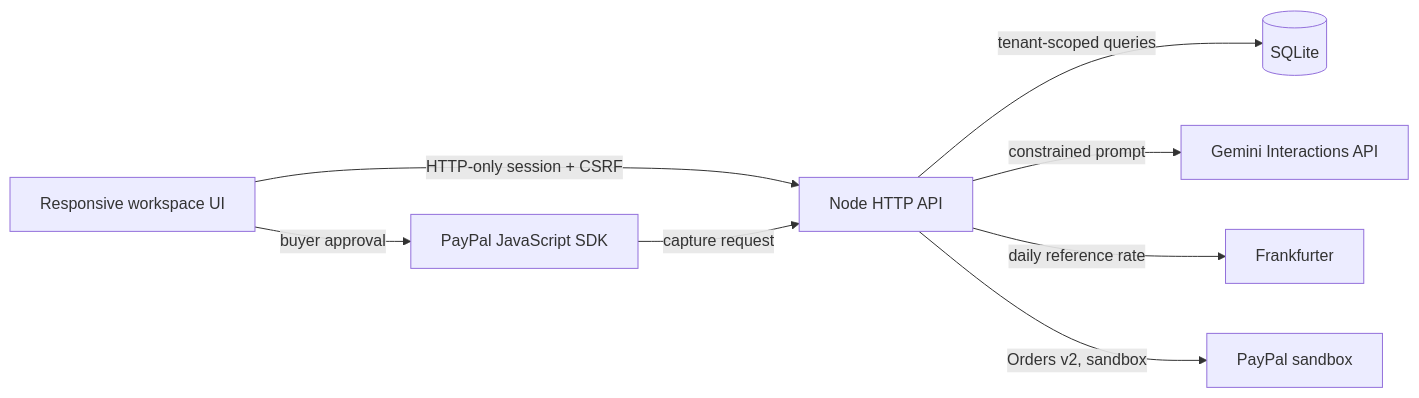
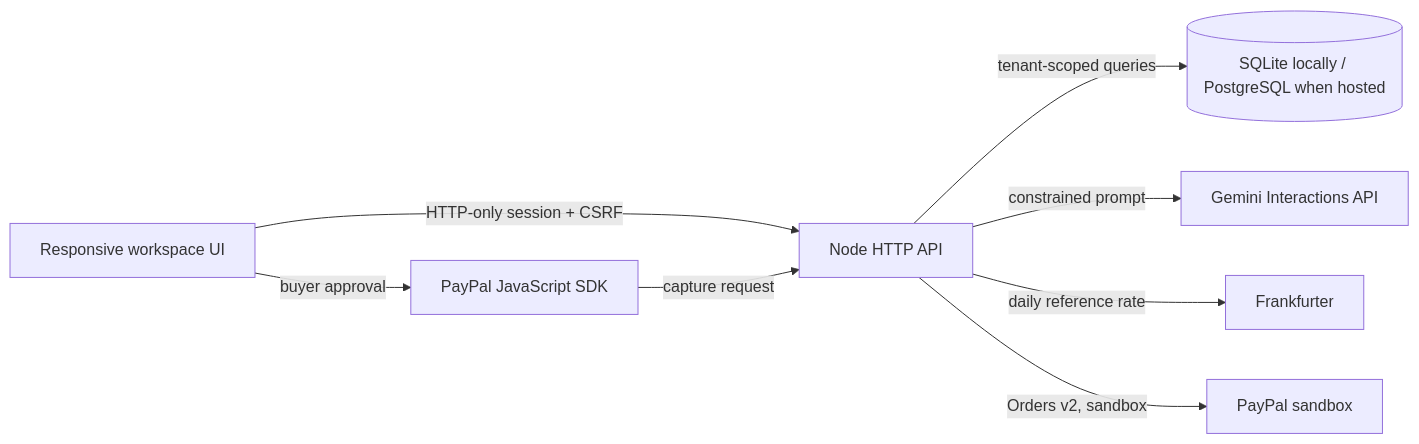
Before and after one commit to Safin313-REBORN/Common-Thread: the first of 2 diagrams in ARCHITECTURE.md, drawn with Mermaid. The commit also changed other lines of this file and 8 other files, not shown here.

Commit message:
Add PostgreSQL persistence for hosted deployment

````diff
--- a/ARCHITECTURE.md
+++ b/ARCHITECTURE.md
@@ -11,10 +11,10 @@
 ```mermaid
 flowchart LR
   Browser[Responsive workspace UI] -->|HTTP-only session + CSRF| API[Node HTTP API]
-  API -->|tenant-scoped queries| DB[(SQLite)]
+  API -->|tenant-scoped queries| DB[(SQLite locally / PostgreSQL when hosted)]
   API -->|constrained prompt| Gemini[Gemini Interactions API]
   API -->|daily reference rate| FX[Frankfurter]
   API -->|Orders v2, sandbox| PayPal[PayPal sandbox]
   Browser -->|buyer approval| PayPalSDK[PayPal JavaScript SDK]
   PayPalSDK -->|capture request| API
 ```
````
